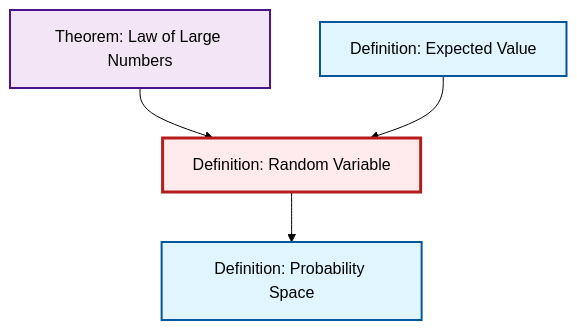
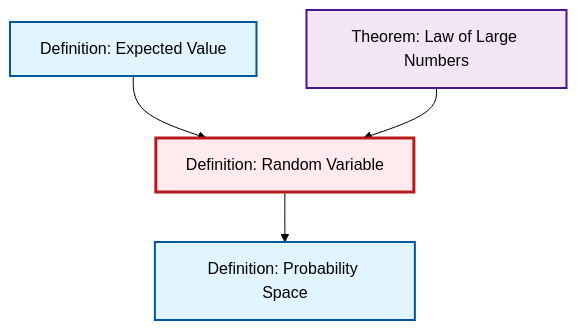
Before and after one commit to RK0429/ModernMath: the diagram in content/en/probability-statistics/def-random-variable.qmd, drawn with Mermaid (forest theme). The commit also changed other lines of this file and 417 other files, not shown here.

````diff
--- a/content/en/probability-statistics/def-random-variable.qmd
+++ b/content/en/probability-statistics/def-random-variable.qmd
@@ -47,20 +47,20 @@
 ```{mermaid}
 %%| fig-cap: "Local dependency graph"
 graph TD
     classDef definition fill:#e1f5fe,stroke:#01579b,stroke-width:2px
     classDef theorem fill:#f3e5f5,stroke:#4a148c,stroke-width:2px
     classDef axiom fill:#fff3e0,stroke:#e65100,stroke-width:2px
     classDef example fill:#e8f5e9,stroke:#1b5e20,stroke-width:2px
     classDef current fill:#ffebee,stroke:#b71c1c,stroke-width:3px
     def-expectation["Definition: Expected Value"]:::definition
+    thm-law-of-large-numbers["Theorem: Law of Large Numbers"]:::theorem
     def-random-variable["Definition: Random Variable"]:::definition
     def-probability-space["Definition: Probability Space"]:::definition
-    thm-law-of-large-numbers["Theorem: Law of Large Numbers"]:::theorem
+    def-random-variable --> def-probability-space
+    def-expectation --> def-random-variable
     thm-law-of-large-numbers --> def-random-variable
-    def-expectation --> def-random-variable
-    def-random-variable --> def-probability-space
     class def-random-variable current
     click def-expectation "def-expectation.html" "Go to Expected Value definition"
+    click thm-law-of-large-numbers "thm-law-of-large-numbers.html" "Go to Law of Large Numbers theorem"
     click def-probability-space "def-probability-space.html" "Go to Probability Space definition"
-    click thm-law-of-large-numbers "thm-law-of-large-numbers.html" "Go to Law of Large Numbers theorem"
 ```
````
